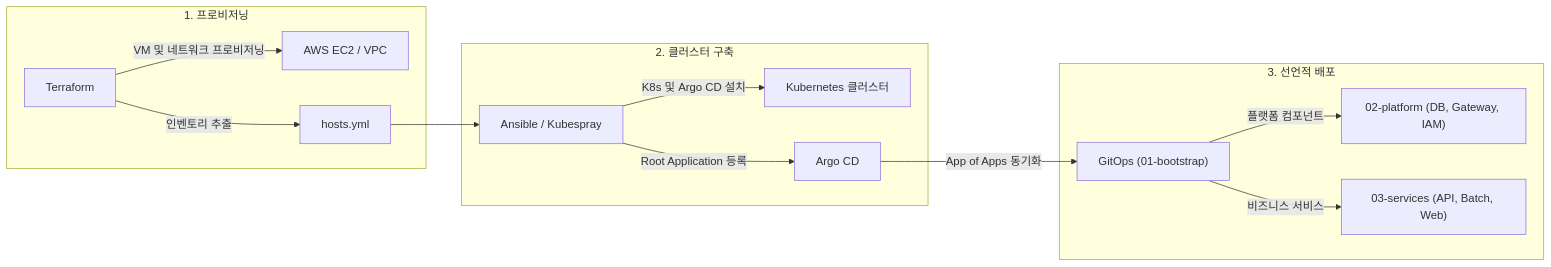
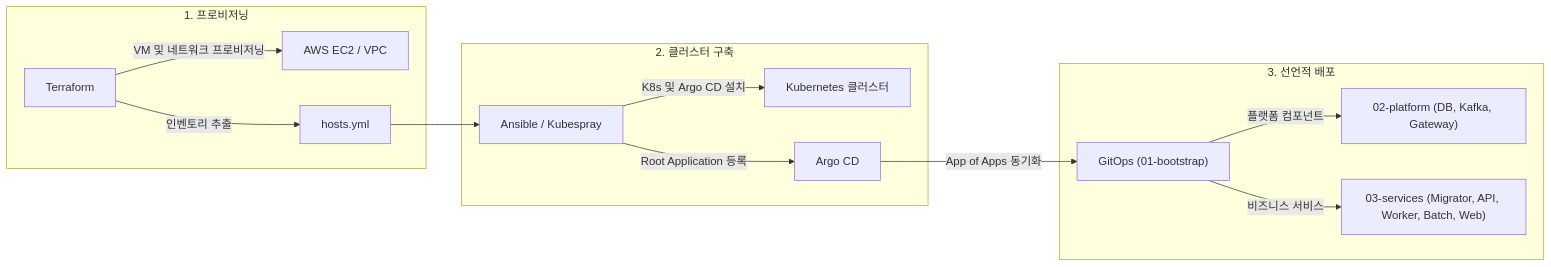
The diagram in infra/README.md (paranema/contentria), drawn with Mermaid before and after one commit. The commit also changed 74 other files, not shown here.

````diff
--- a/infra/README.md
+++ b/infra/README.md
@@ -11,19 +11,19 @@
 ```mermaid
 flowchart LR
     subgraph 1. 프로비저닝
         tf["Terraform"] -->|VM 및 네트워크 프로비저닝| aws["AWS EC2 / VPC"]
         tf -->|인벤토리 추출| inv["hosts.yml"]
     end
 
     subgraph 2. 클러스터 구축
         inv --> ans["Ansible / Kubespray"]
         ans -->|K8s 및 Argo CD 설치| k8s["Kubernetes 클러스터"]
         ans -->|Root Application 등록| argo["Argo CD"]
     end
 
     subgraph 3. 선언적 배포
         argo -->|App of Apps 동기화| gitops["GitOps (01-bootstrap)"]
-        gitops -->|플랫폼 컴포넌트| plat["02-platform (DB, Gateway, IAM)"]
-        gitops -->|비즈니스 서비스| svc["03-services (API, Batch, Web)"]
+        gitops -->|플랫폼 컴포넌트| plat["02-platform (DB, Kafka, Gateway)"]
+        gitops -->|비즈니스 서비스| svc["03-services (Migrator, API, Worker, Batch, Web)"]
     end
 ```
````
